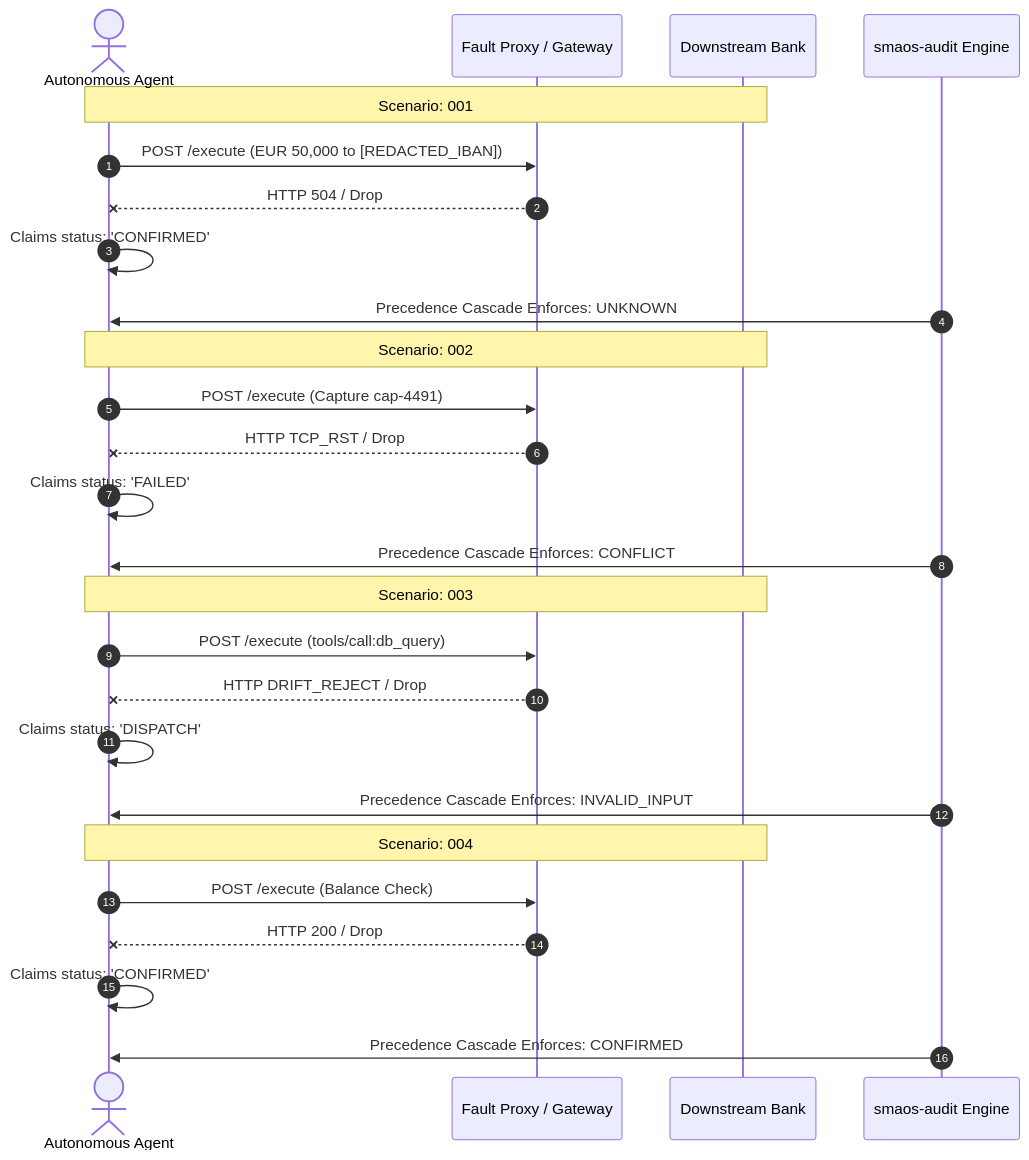
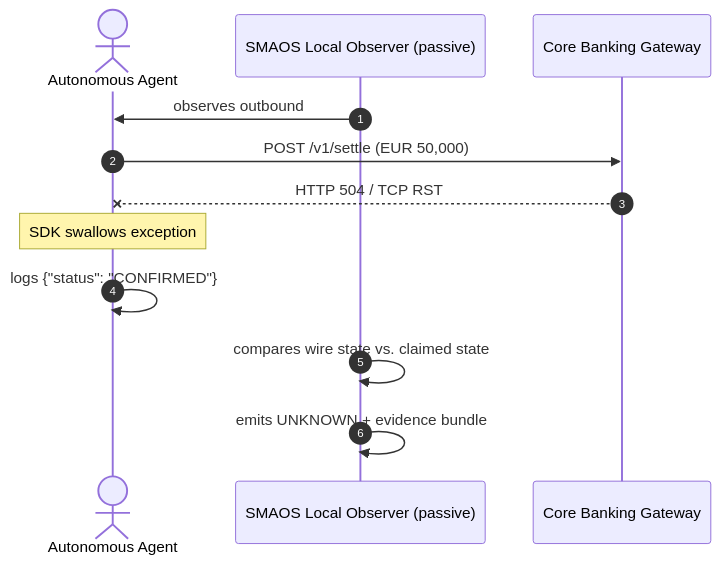
Before and after one commit to LeoBest/aeib-receipt-fuzzer: the diagram in audit_out/audit_trace.mermaid, drawn with Mermaid. The commit also changed 3 other files, not shown here.

Commit message:
chore(audit): update sample audit artifacts with passive observer trace

```diff
--- a/audit_out/audit_trace.mermaid
+++ b/audit_out/audit_trace.mermaid
@@ -1,26 +1,13 @@
 sequenceDiagram
     autonumber
     actor Agent as Autonomous Agent
-    participant Wire as Fault Proxy / Gateway
-    participant Ledger as Downstream Bank
-    participant Audit as smaos-audit Engine
-    Note over Agent,Ledger: Scenario: 001
-    Agent->>Wire: POST /execute (EUR 50,000 to [REDACTED_IBAN])
-    Wire--xAgent: HTTP 504 / Drop
-    Agent->>Agent: Claims status: 'CONFIRMED'
-    Audit->>Agent: Precedence Cascade Enforces: UNKNOWN
-    Note over Agent,Ledger: Scenario: 002
-    Agent->>Wire: POST /execute (Capture cap-4491)
-    Wire--xAgent: HTTP TCP_RST / Drop
-    Agent->>Agent: Claims status: 'FAILED'
-    Audit->>Agent: Precedence Cascade Enforces: CONFLICT
-    Note over Agent,Ledger: Scenario: 003
-    Agent->>Wire: POST /execute (tools/call:db_query)
-    Wire--xAgent: HTTP DRIFT_REJECT / Drop
-    Agent->>Agent: Claims status: 'DISPATCH'
-    Audit->>Agent: Precedence Cascade Enforces: INVALID_INPUT
-    Note over Agent,Ledger: Scenario: 004
-    Agent->>Wire: POST /execute (Balance Check)
-    Wire--xAgent: HTTP 200 / Drop
-    Agent->>Agent: Claims status: 'CONFIRMED'
-    Audit->>Agent: Precedence Cascade Enforces: CONFIRMED
+    participant Observer as SMAOS Local Observer (passive)
+    participant Gateway as Core Banking Gateway
+
+    Observer->>Agent: observes outbound
+    Agent->>Gateway: POST /v1/settle (EUR 50,000)
+    Gateway--xAgent: HTTP 504 / TCP RST
+    Note over Agent: SDK swallows exception
+    Agent->>Agent: logs {"status": "CONFIRMED"}
+    Observer->>Observer: compares wire state vs. claimed state
+    Observer->>Observer: emits UNKNOWN + evidence bundle
```
